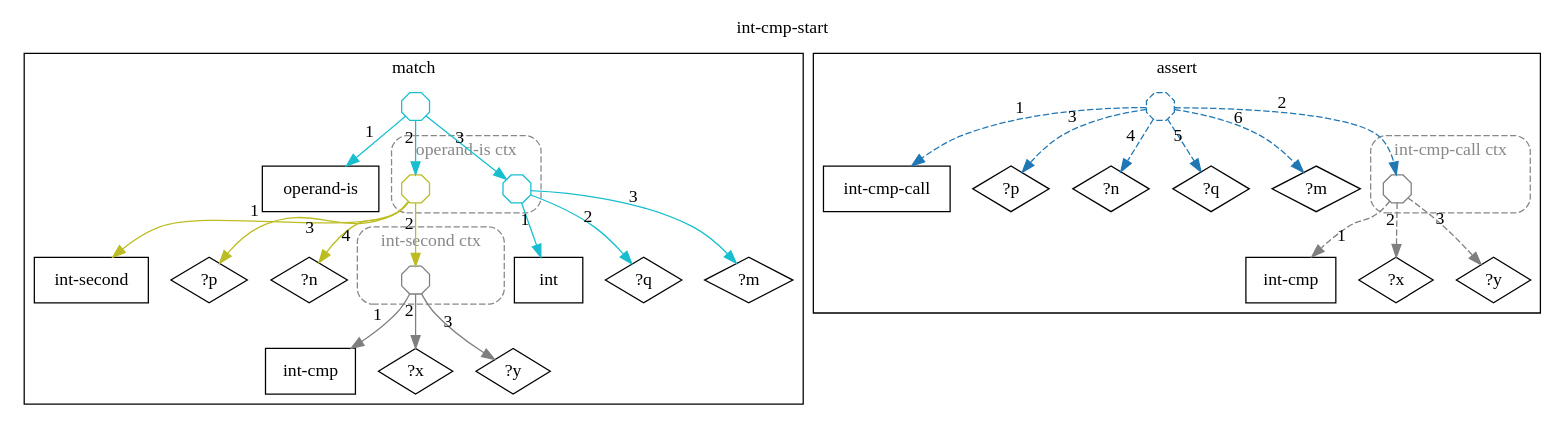
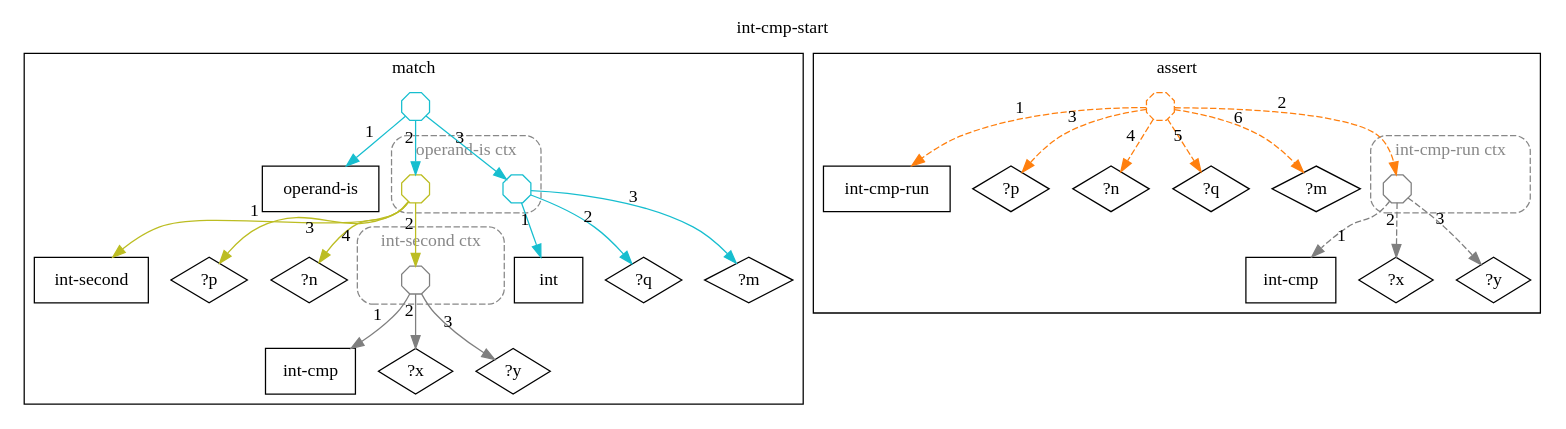
The diagram in docs/ein/user/04-reference/04-stdlib/diagrams/12-std.math.int.int-cmp-start.dot (agutikov/ein), drawn with Graphviz before and after one commit. The commit also changed 347 other files, not shown here.

```diff
--- a/docs/ein/user/04-reference/04-stdlib/diagrams/12-std.math.int.int-cmp-start.dot
+++ b/docs/ein/user/04-reference/04-stdlib/diagrams/12-std.math.int.int-cmp-start.dot
@@ -1,63 +1,63 @@
 digraph rule_int_cmp_start_lhs_rhs {
   rankdir=TB;
   label="int-cmp-start"; labelloc=t;
   subgraph cluster_lhs { label="match";
     "operand-is_L" [label="operand-is", shape=box];
     "int-second_L" [label="int-second", shape=box];
     "int-cmp_L" [label="int-cmp", shape=box];
     "?x_L" [label="?x", shape=diamond];
     "?y_L" [label="?y", shape=diamond];
     "?p_L" [label="?p", shape=diamond];
     "?n_L" [label="?n", shape=diamond];
     "int_L" [label="int", shape=box];
     "?q_L" [label="?q", shape=diamond];
     "?m_L" [label="?m", shape=diamond];
     subgraph cluster_ctx_L_0 {
       label="int-second ctx"; style="dashed,rounded"; color="#888888"; fontcolor="#888888";
       "(int-cmp ?x ?y)_L" [shape=octagon, label="", width=0.3, height=0.3, fixedsize=true, color="#7f7f7f"];
     }
     subgraph cluster_ctx_L_1 {
       label="operand-is ctx"; style="dashed,rounded"; color="#888888"; fontcolor="#888888";
       "(int-second (int-cmp ?x ?y) ?p ?n)_L" [shape=octagon, label="", width=0.3, height=0.3, fixedsize=true, color="#bcbd22"];
       "(int ?q ?m)_L" [shape=octagon, label="", width=0.3, height=0.3, fixedsize=true, color="#17becf"];
     }
     "h1_operand-is_L" [shape=octagon, label="", width=0.3, height=0.3, fixedsize=true, color="#17becf"];
     "h1_operand-is_L" -> "operand-is_L" [xlabel="1", color="#17becf"];
     "h1_operand-is_L" -> "(int-second (int-cmp ?x ?y) ?p ?n)_L" [xlabel="2", color="#17becf"];
     "h1_operand-is_L" -> "(int ?q ?m)_L" [xlabel="3", color="#17becf"];
     "(int-second (int-cmp ?x ?y) ?p ?n)_L" -> "int-second_L" [xlabel="1", color="#bcbd22"];
     "(int-second (int-cmp ?x ?y) ?p ?n)_L" -> "(int-cmp ?x ?y)_L" [xlabel="2", color="#bcbd22"];
     "(int-second (int-cmp ?x ?y) ?p ?n)_L" -> "?p_L" [xlabel="3", color="#bcbd22"];
     "(int-second (int-cmp ?x ?y) ?p ?n)_L" -> "?n_L" [xlabel="4", color="#bcbd22"];
     "(int-cmp ?x ?y)_L" -> "int-cmp_L" [xlabel="1", color="#7f7f7f"];
     "(int-cmp ?x ?y)_L" -> "?x_L" [xlabel="2", color="#7f7f7f"];
     "(int-cmp ?x ?y)_L" -> "?y_L" [xlabel="3", color="#7f7f7f"];
     "(int ?q ?m)_L" -> "int_L" [xlabel="1", color="#17becf"];
     "(int ?q ?m)_L" -> "?q_L" [xlabel="2", color="#17becf"];
     "(int ?q ?m)_L" -> "?m_L" [xlabel="3", color="#17becf"];
   }
   subgraph cluster_rhs { label="assert";
-    "int-cmp-call_R" [label="int-cmp-call", shape=box];
+    "int-cmp-run_R" [label="int-cmp-run", shape=box];
     "int-cmp_R" [label="int-cmp", shape=box];
     "?x_R" [label="?x", shape=diamond];
     "?y_R" [label="?y", shape=diamond];
     "?p_R" [label="?p", shape=diamond];
     "?n_R" [label="?n", shape=diamond];
     "?q_R" [label="?q", shape=diamond];
     "?m_R" [label="?m", shape=diamond];
     subgraph cluster_ctx_R_0 {
-      label="int-cmp-call ctx"; style="dashed,rounded"; color="#888888"; fontcolor="#888888";
+      label="int-cmp-run ctx"; style="dashed,rounded"; color="#888888"; fontcolor="#888888";
       "(int-cmp ?x ?y)_R" [shape=octagon, label="", width=0.3, height=0.3, fixedsize=true, color="#7f7f7f"];
     }
-    "h2_int-cmp-call_R" [shape=octagon, label="", width=0.3, height=0.3, fixedsize=true, color="#1f77b4", style=dashed];
-    "h2_int-cmp-call_R" -> "int-cmp-call_R" [xlabel="1", color="#1f77b4", style=dashed];
-    "h2_int-cmp-call_R" -> "(int-cmp ?x ?y)_R" [xlabel="2", color="#1f77b4", style=dashed];
-    "h2_int-cmp-call_R" -> "?p_R" [xlabel="3", color="#1f77b4", style=dashed];
-    "h2_int-cmp-call_R" -> "?n_R" [xlabel="4", color="#1f77b4", style=dashed];
-    "h2_int-cmp-call_R" -> "?q_R" [xlabel="5", color="#1f77b4", style=dashed];
-    "h2_int-cmp-call_R" -> "?m_R" [xlabel="6", color="#1f77b4", style=dashed];
+    "h2_int-cmp-run_R" [shape=octagon, label="", width=0.3, height=0.3, fixedsize=true, color="#ff7f0e", style=dashed];
+    "h2_int-cmp-run_R" -> "int-cmp-run_R" [xlabel="1", color="#ff7f0e", style=dashed];
+    "h2_int-cmp-run_R" -> "(int-cmp ?x ?y)_R" [xlabel="2", color="#ff7f0e", style=dashed];
+    "h2_int-cmp-run_R" -> "?p_R" [xlabel="3", color="#ff7f0e", style=dashed];
+    "h2_int-cmp-run_R" -> "?n_R" [xlabel="4", color="#ff7f0e", style=dashed];
+    "h2_int-cmp-run_R" -> "?q_R" [xlabel="5", color="#ff7f0e", style=dashed];
+    "h2_int-cmp-run_R" -> "?m_R" [xlabel="6", color="#ff7f0e", style=dashed];
     "(int-cmp ?x ?y)_R" -> "int-cmp_R" [xlabel="1", color="#7f7f7f", style=dashed];
     "(int-cmp ?x ?y)_R" -> "?x_R" [xlabel="2", color="#7f7f7f", style=dashed];
     "(int-cmp ?x ?y)_R" -> "?y_R" [xlabel="3", color="#7f7f7f", style=dashed];
   }
 }
```
